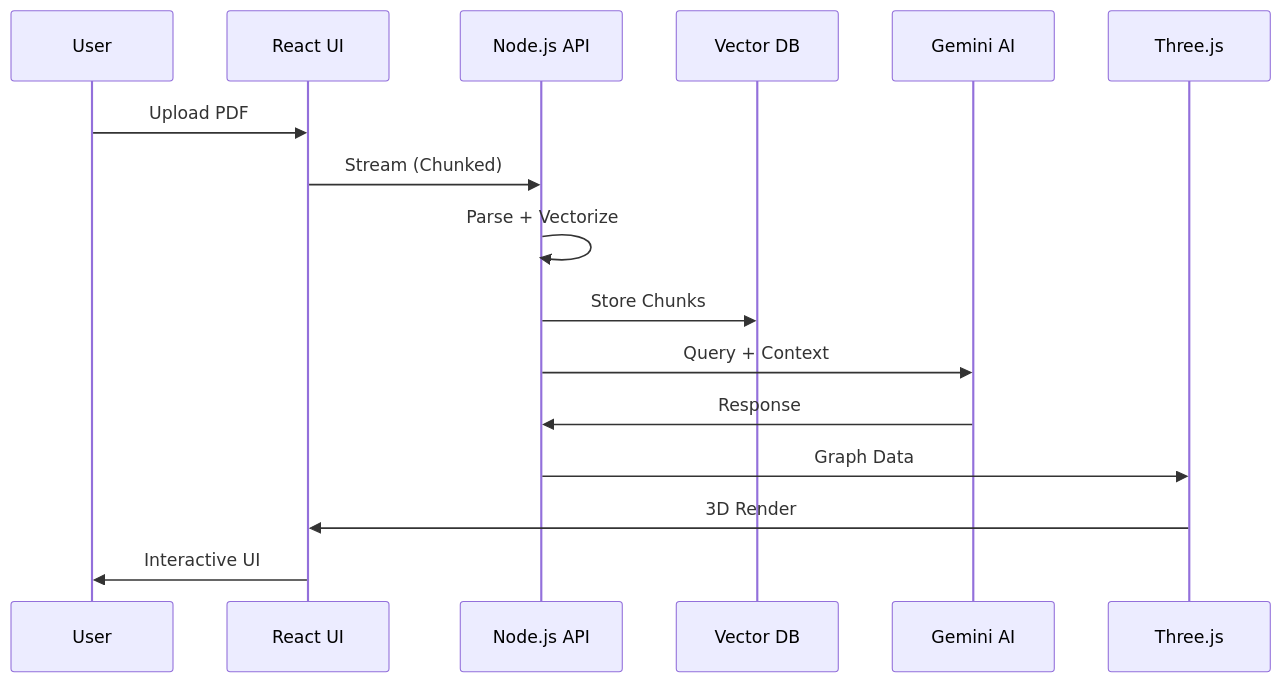
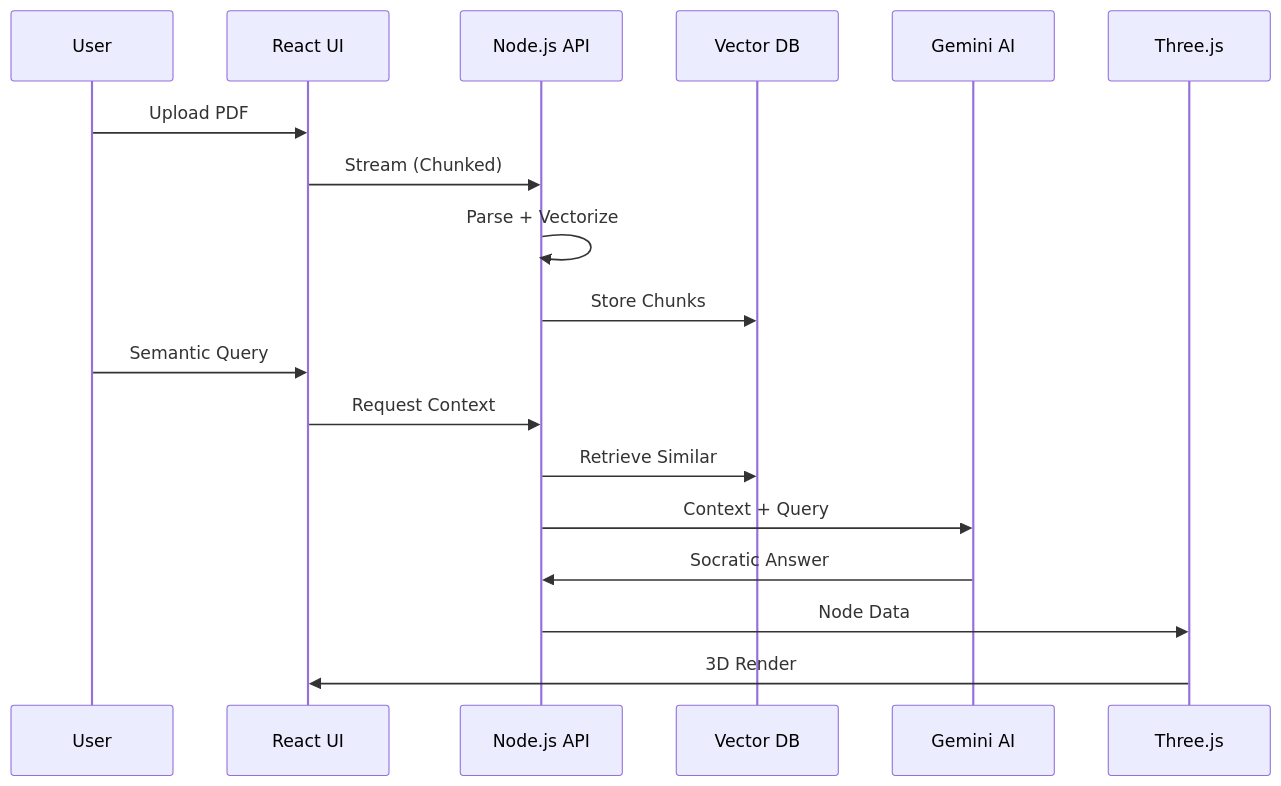
Before and after one commit to hareeshkar/hareeshkar: the first of 4 diagrams in README.md, drawn with Mermaid. The commit also changed other lines of this file, not shown here.

````diff
--- a/README.md
+++ b/README.md
@@ -189,19 +178,21 @@
 ```mermaid
 sequenceDiagram
     participant U as User
     participant F as React UI
     participant N as Node.js API
     participant V as Vector DB
     participant G as Gemini AI
     participant T as Three.js
 
     U->>F: Upload PDF
     F->>N: Stream (Chunked)
     N->>N: Parse + Vectorize
     N->>V: Store Chunks
-    N->>G: Query + Context
-    G->>N: Response
-    N->>T: Graph Data
+    U->>F: Semantic Query
+    F->>N: Request Context
+    N->>V: Retrieve Similar
+    N->>G: Context + Query
+    G->>N: Socratic Answer
+    N->>T: Node Data
     T->>F: 3D Render
-    F->>U: Interactive UI
 ```
````
